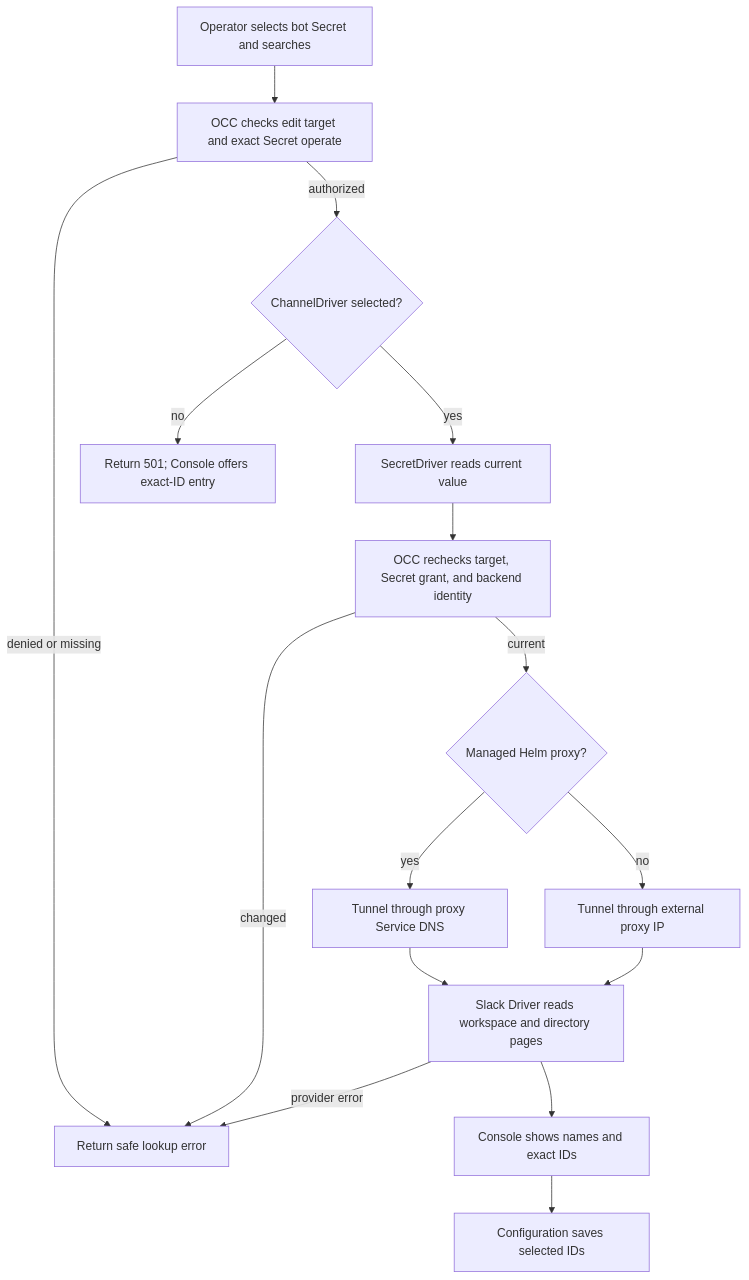
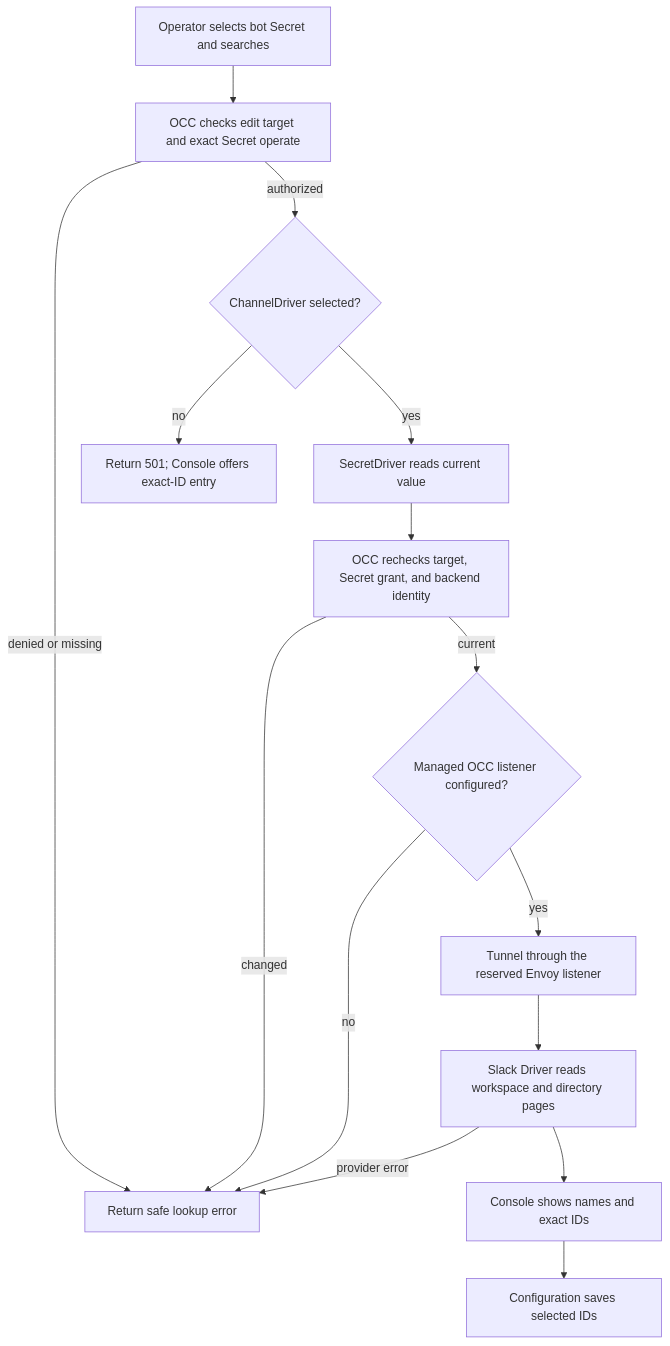
Before and after one commit to openclaw/openclaw-enterprise: the diagram in docs/flows/agent-channel-directory.md, drawn with Mermaid. The commit also changed other lines of this file and 112 other files, not shown here.

Commit message:
Implement per-Agent channel egress through dedicated Envoy listeners

````diff
--- a/docs/flows/agent-channel-directory.md
+++ b/docs/flows/agent-channel-directory.md
@@ -30,18 +30,17 @@
 ```mermaid
 graph TD
   A["Operator selects bot Secret and searches"] --> B["OCC checks edit target and exact Secret operate"]
   B -->|denied or missing| X["Return safe lookup error"]
   B -->|authorized| P{"ChannelDriver selected?"}
   P -->|no| U["Return 501; Console offers exact-ID entry"]
   P -->|yes| C["SecretDriver reads current value"]
   C --> D["OCC rechecks target, Secret grant, and backend identity"]
   D -->|changed| X
-  D -->|current| M{"Managed Helm proxy?"}
-  M -->|yes| H["Tunnel through proxy Service DNS"]
-  M -->|no| I["Tunnel through external proxy IP"]
+  D -->|current| M{"Managed OCC listener configured?"}
+  M -->|no| X
+  M -->|yes| H["Tunnel through the reserved Envoy listener"]
   H --> E["Slack Driver reads workspace and directory pages"]
-  I --> E
   E -->|provider error| X
   E --> F["Console shows names and exact IDs"]
   F --> G["Configuration saves selected IDs"]
 ```
````
